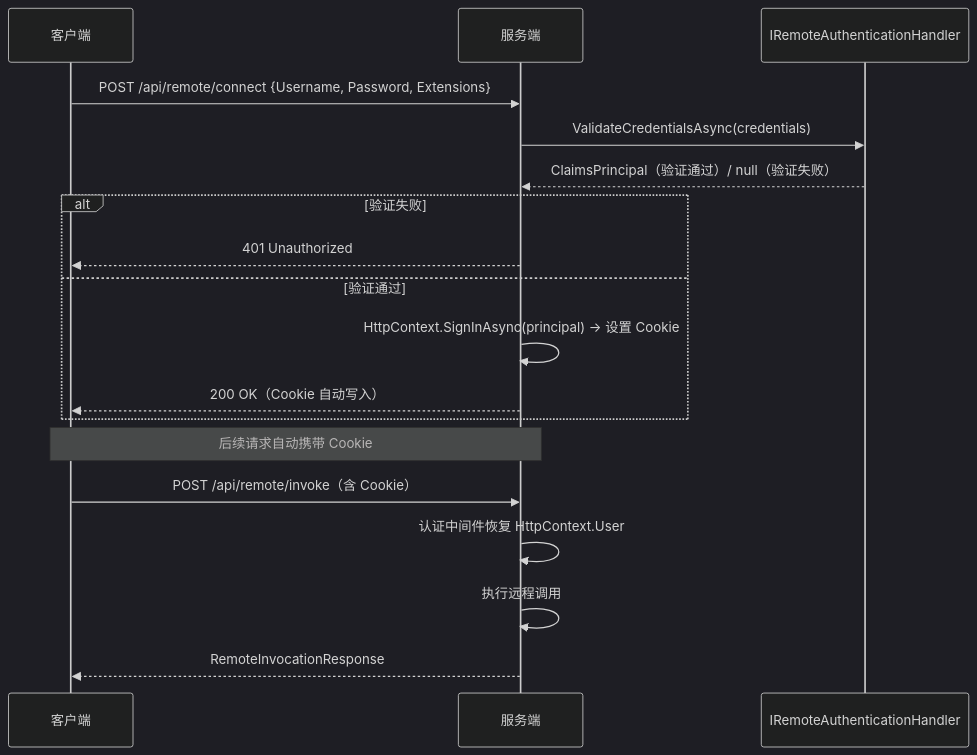
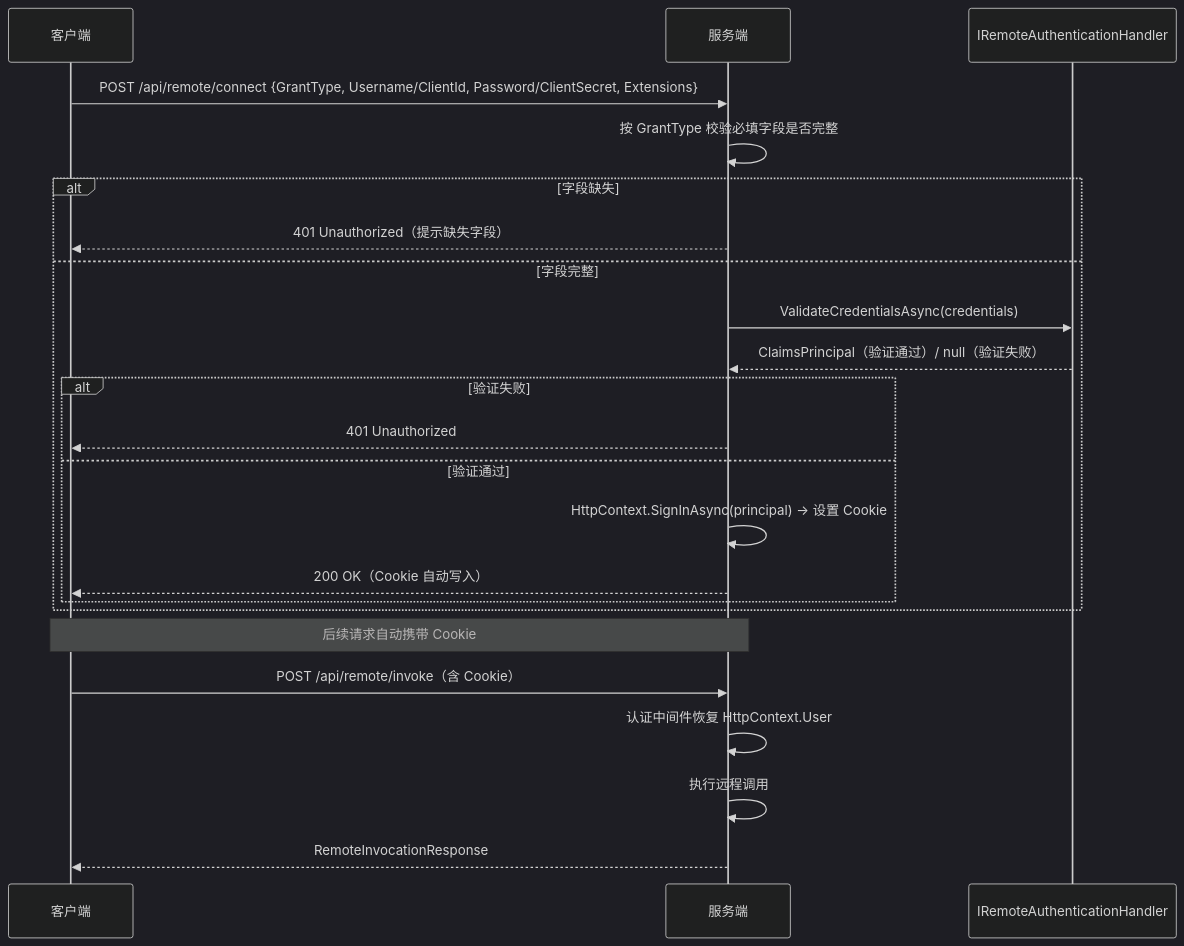
Before and after one commit to danjiewu/LiteOrm: the second of 2 diagrams in docs/03-advanced-topics/09-remote-service.md, drawn with Mermaid (dark theme). The commit also changed other lines of this file and 5 other files, not shown here.

````diff
--- a/docs/03-advanced-topics/09-remote-service.md
+++ b/docs/03-advanced-topics/09-remote-service.md
@@ -300,21 +305,26 @@
 ```mermaid
 sequenceDiagram
     participant Client as 客户端
     participant Server as 服务端
     participant Store as IRemoteAuthenticationHandler
 
-    Client->>Server: POST /api/remote/connect {Username, Password, Extensions}
-    Server->>Store: ValidateCredentialsAsync(credentials)
-    Store-->>Server: ClaimsPrincipal（验证通过）/ null（验证失败）
-    alt 验证失败
-        Server-->>Client: 401 Unauthorized
-    else 验证通过
-        Server->>Server: HttpContext.SignInAsync(principal) → 设置 Cookie
-        Server-->>Client: 200 OK（Cookie 自动写入）
+    Client->>Server: POST /api/remote/connect {GrantType, Username/ClientId, Password/ClientSecret, Extensions}
+    Server->>Server: 按 GrantType 校验必填字段是否完整
+    alt 字段缺失
+        Server-->>Client: 401 Unauthorized（提示缺失字段）
+    else 字段完整
+        Server->>Store: ValidateCredentialsAsync(credentials)
+        Store-->>Server: ClaimsPrincipal（验证通过）/ null（验证失败）
+        alt 验证失败
+            Server-->>Client: 401 Unauthorized
+        else 验证通过
+            Server->>Server: HttpContext.SignInAsync(principal) → 设置 Cookie
+            Server-->>Client: 200 OK（Cookie 自动写入）
+        end
     end
     Note over Client,Server: 后续请求自动携带 Cookie
     Client->>Server: POST /api/remote/invoke（含 Cookie）
     Server->>Server: 认证中间件恢复 HttpContext.User
     Server->>Server: 执行远程调用
     Server-->>Client: RemoteInvocationResponse
 ```
````
